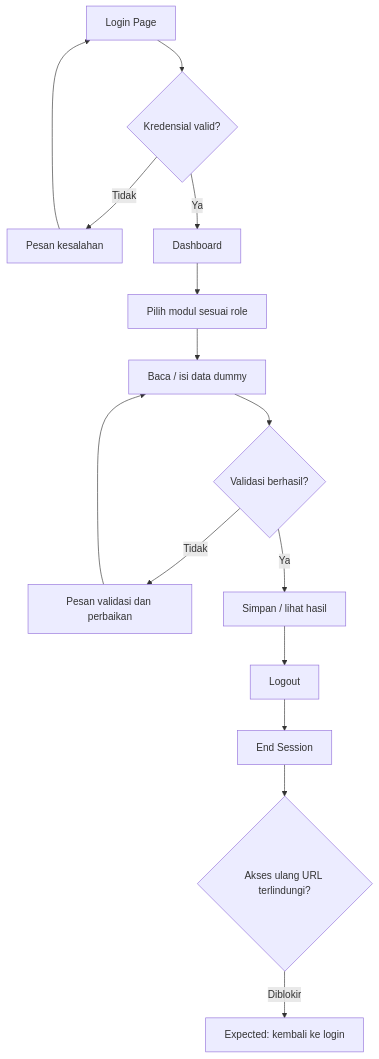
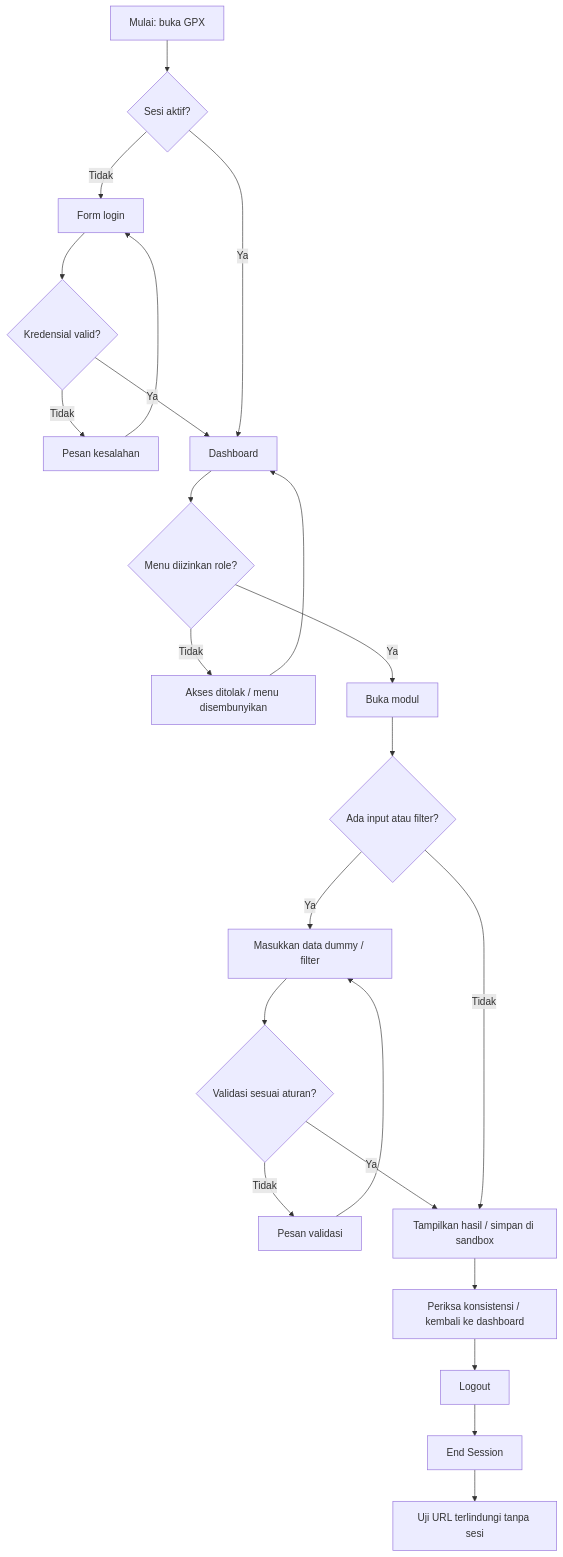
The diagram in Hasil-Dokumentasi testing/02_WhiteBox_Flow_Analysis.md (Rahmatsan/Kel8-TestingQA-Perangkat-Lunak), drawn with Mermaid before and after one commit. The commit also changed other lines of this file and 13 other files, not shown here.

Commit message:
Dokumentasi QA GPX: rencana E2E, 105 kasus uji, UAT dan laporan awal

````diff
--- a/Hasil-Dokumentasi testing/02_WhiteBox_Flow_Analysis.md
+++ b/Hasil-Dokumentasi testing/02_WhiteBox_Flow_Analysis.md
@@ -6,17 +6,25 @@
 ```mermaid
 flowchart TD
-    A[Login Page] --> B{Kredensial valid?}
-    B -- Tidak --> C[Pesan kesalahan]
-    C --> A
-    B -- Ya --> D[Dashboard]
-    D --> E[Pilih modul sesuai role]
-    E --> F[Baca / isi data dummy]
-    F --> G{Validasi berhasil?}
-    G -- Tidak --> H[Pesan validasi dan perbaikan]
+    A[Mulai: buka GPX] --> B{Sesi aktif?}
+    B -- Tidak --> C[Form login]
+    C --> D{Kredensial valid?}
+    D -- Tidak --> E[Pesan kesalahan]
+    E --> C
+    D -- Ya --> F[Dashboard]
+    B -- Ya --> F
+    F --> G{Menu diizinkan role?}
+    G -- Tidak --> H[Akses ditolak / menu disembunyikan]
     H --> F
-    G -- Ya --> I[Simpan / lihat hasil]
-    I --> J[Logout]
-    J --> K[End Session]
-    K --> L{Akses ulang URL terlindungi?}
-    L -- Diblokir --> M[Expected: kembali ke login]
+    G -- Ya --> I[Buka modul]
+    I --> J{Ada input atau filter?}
+    J -- Ya --> K[Masukkan data dummy / filter]
+    K --> L{Validasi sesuai aturan?}
+    L -- Tidak --> M[Pesan validasi]
+    M --> K
+    L -- Ya --> N[Tampilkan hasil / simpan di sandbox]
+    J -- Tidak --> N
+    N --> O[Periksa konsistensi / kembali ke dashboard]
+    O --> P[Logout]
+    P --> Q[End Session]
+    Q --> R[Uji URL terlindungi tanpa sesi]
 ```
````
